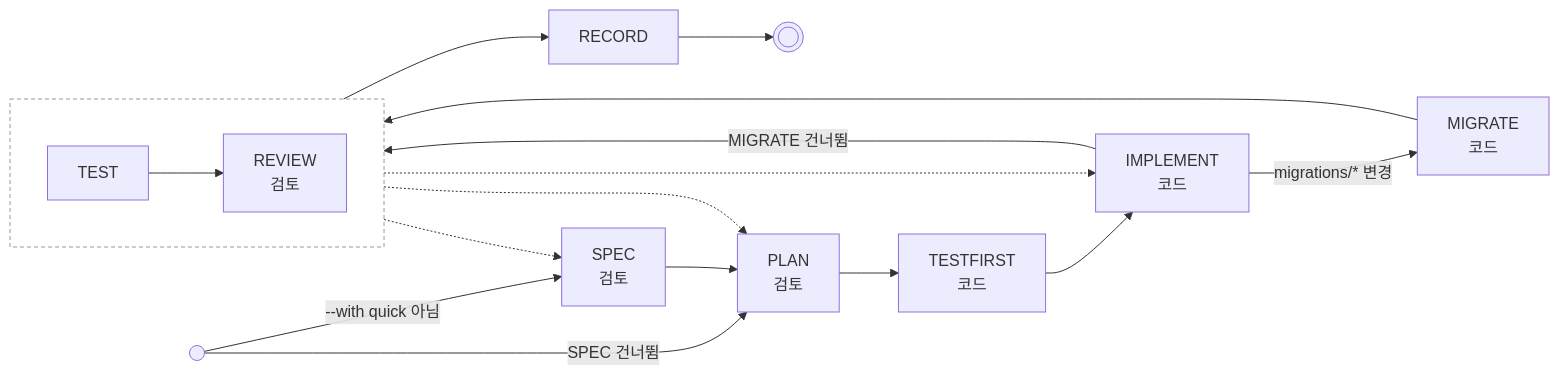
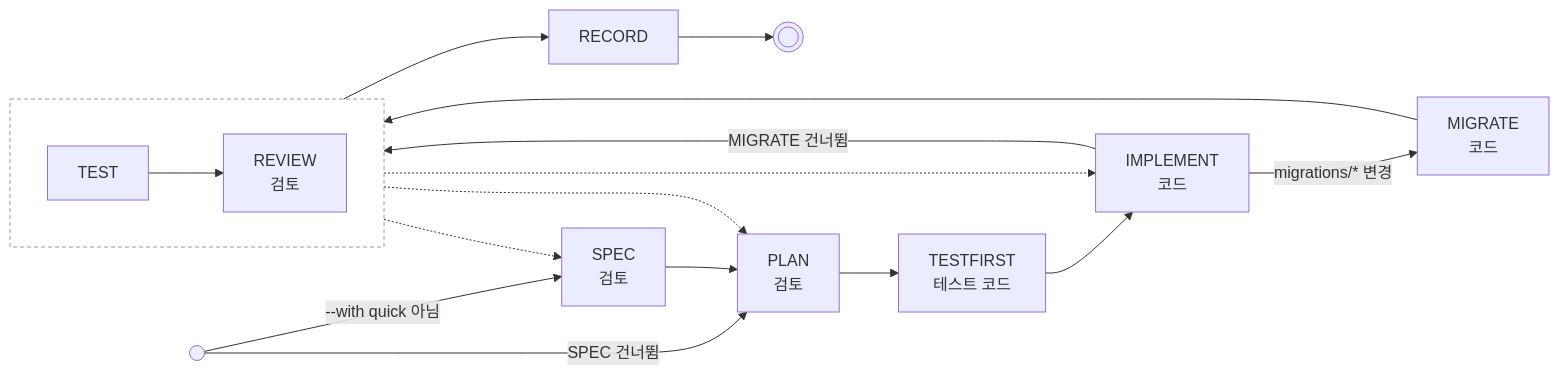
One commit to taejeong0416/dynamic-stagegate-harness changed the second of 2 diagrams in README.md. Above: the diagram before and after it, drawn with Mermaid. The commit also changed other lines of this file and 3 other files, not shown here.

Commit message:
docs: 테스트만 쓰는 상태, covers 검사, next에서 막힌 이유 진단, 제안서의 빼거나 푸는 변경 목록 설명을 README, GATE.md, skill에 더하고 다이어그램에 테스트 코드 표시를 반영함

````diff
--- a/README.md
+++ b/README.md
@@ -120,31 +121,31 @@
 ```mermaid
 flowchart LR
     start(( ))
     done((( )))
     SPEC["SPEC<br>검토"]
     PLAN["PLAN<br>검토"]
-    TESTFIRST["TESTFIRST<br>코드"]
+    TESTFIRST["TESTFIRST<br>테스트 코드"]
     IMPLEMENT["IMPLEMENT<br>코드"]
     MIGRATE["MIGRATE<br>코드"]
     subgraph back0 [" "]
         direction LR
         TEST
         REVIEW["REVIEW<br>검토"]
     end
     style back0 fill:none,stroke:#999,stroke-dasharray:4 3
     RECORD
     start -->|"--with quick 아님"| SPEC
     start -->|"SPEC 건너뜀"| PLAN
     SPEC --> PLAN
     PLAN --> TESTFIRST
     TESTFIRST --> IMPLEMENT
     IMPLEMENT -->|"migrations/* 변경"| MIGRATE
     IMPLEMENT -->|"MIGRATE 건너뜀"| TEST
     MIGRATE --> TEST
     TEST --> REVIEW
     REVIEW --> RECORD
     RECORD --> done
     back0 -.-> IMPLEMENT
     back0 -.-> PLAN
     back0 -.-> SPEC
 ```
````
